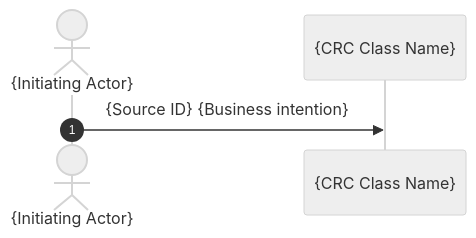
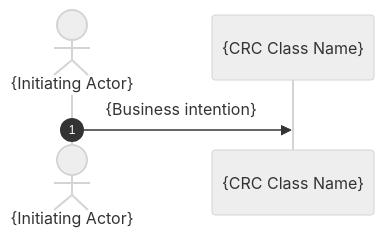
The second of 2 diagrams in skills/oo-design/assets/template.md (huang-xiao-jian/bluey), drawn with Mermaid (neutral theme) before and after one commit. The commit also changed other lines of this file and 3 other files, not shown here.

````diff
--- a/skills/oo-design/assets/template.md
+++ b/skills/oo-design/assets/template.md
@@ -47,8 +49,8 @@
 ```mermaid
 sequenceDiagram
     autonumber
     actor {Initiating Actor}
     participant {Alias} as {CRC Class Name}
 
-    {Initiating Actor}->>{Alias}: {Source ID} {Business intention}
+    {Initiating Actor}->>{Alias}: {Business intention}
 ```
````
